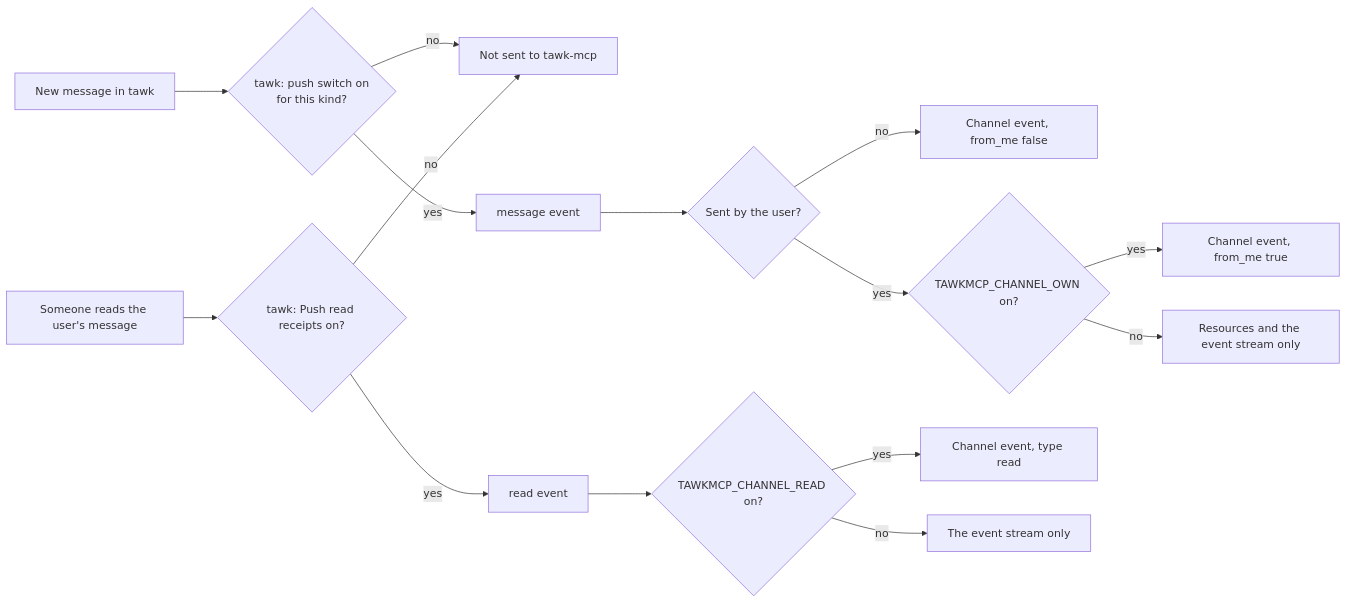
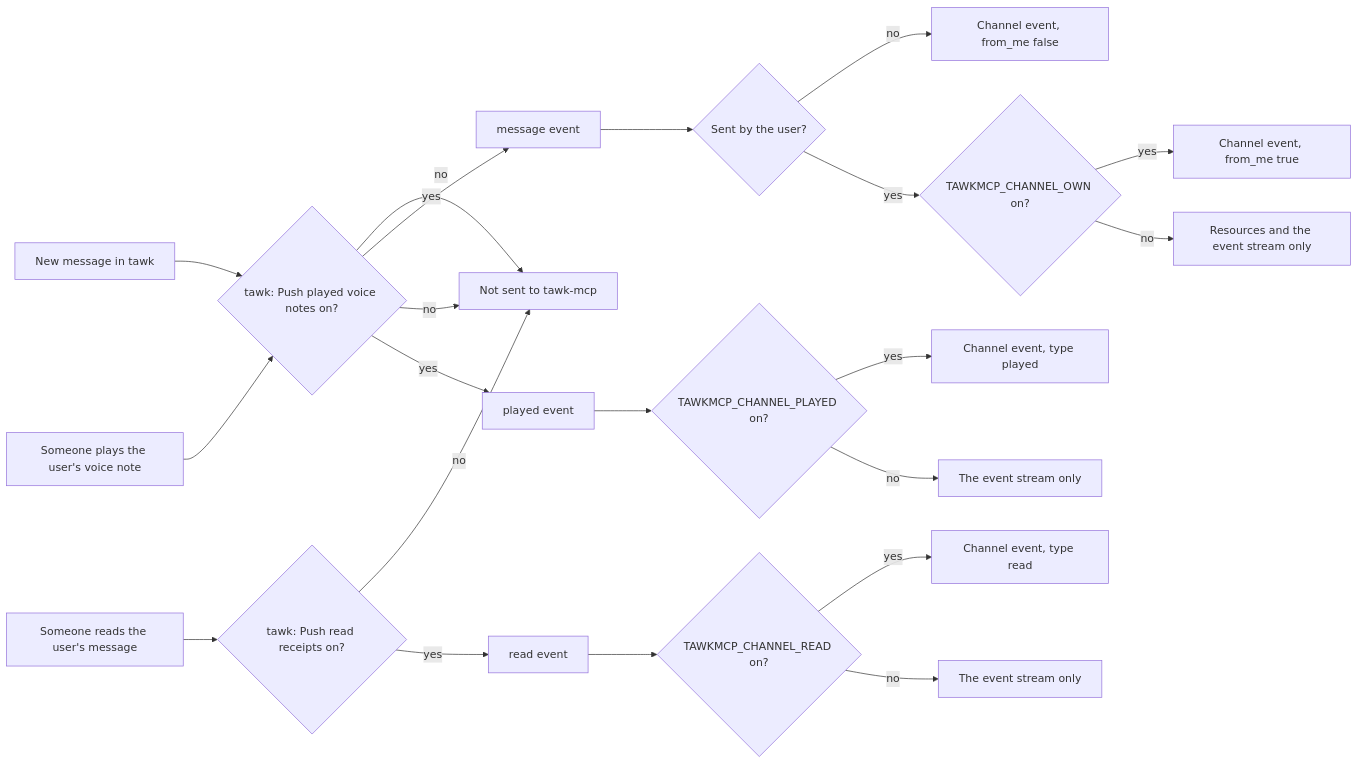
The seventh of 14 diagrams in HOW_IT_WORKS.md (loganventer/Corvus.Mcp.Server.Tawk), drawn with Mermaid before and after one commit. The commit also changed other lines of this file and 4 other files, not shown here.

First line of the commit message:
Describe the played channel event and its option in the configuration, the manual and the flows (#45)

````diff
--- a/HOW_IT_WORKS.md
+++ b/HOW_IT_WORKS.md
@@ -226,17 +226,23 @@
 ```mermaid
 flowchart LR
     MSG["New message in tawk"] --> TP{"tawk: push switch on<br/>for this kind?"}
     TP -- no --> NONE["Not sent to tawk-mcp"]
     TP -- yes --> EVT["message event"]
     EVT --> OWN{"Sent by the user?"}
     OWN -- no --> CH["Channel event, from_me false"]
     OWN -- yes --> OPT{"TAWKMCP_CHANNEL_OWN on?"}
     OPT -- yes --> CH2["Channel event, from_me true"]
     OPT -- no --> KEEP["Resources and the event stream only"]
     RD["Someone reads the user's message"] --> TR{"tawk: Push read receipts on?"}
     TR -- no --> NONE
     TR -- yes --> REVT["read event"]
     REVT --> ROPT{"TAWKMCP_CHANNEL_READ on?"}
     ROPT -- yes --> CH3["Channel event, type read"]
     ROPT -- no --> KEEP2["The event stream only"]
+    PL["Someone plays the user's voice note"] --> TP{"tawk: Push played voice notes on?"}
+    TP -- no --> NONE
+    TP -- yes --> PEVT["played event"]
+    PEVT --> POPT{"TAWKMCP_CHANNEL_PLAYED on?"}
+    POPT -- yes --> CH4["Channel event, type played"]
+    POPT -- no --> KEEP3["The event stream only"]
 ```
````
